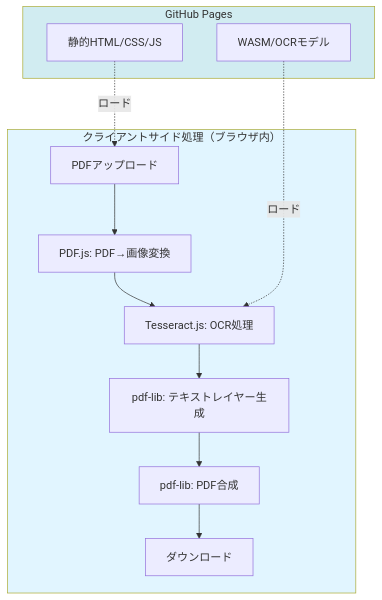
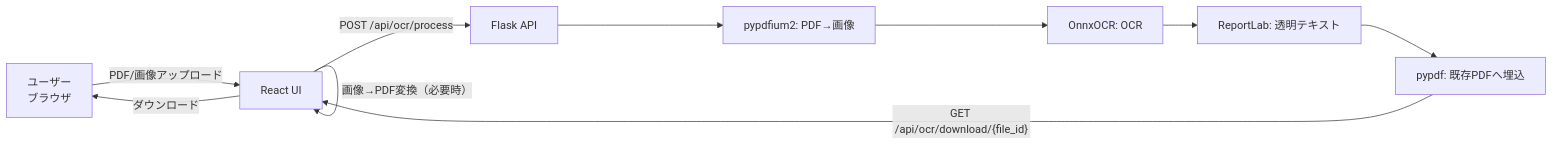
The fifth of 5 diagrams in specs/001-OCR-PDF-Converter/spec.md (J1921604/OCR-PDF-Converter), drawn with Mermaid before and after one commit. The commit also changed other lines of this file and 33 other files, not shown here.

````diff
--- a/specs/001-OCR-PDF-Converter/spec.md
+++ b/specs/001-OCR-PDF-Converter/spec.md
@@ -241,21 +237,12 @@
 ```mermaid
-flowchart TD
-    subgraph client["クライアントサイド処理（ブラウザ内）"]
-        A[PDFアップロード] --> B[PDF.js: PDF→画像変換]
-        B --> C[Tesseract.js: OCR処理]
-        C --> D[pdf-lib: テキストレイヤー生成]
-        D --> E[pdf-lib: PDF合成]
-        E --> F[ダウンロード]
-    end
-    
-    subgraph hosting["GitHub Pages"]
-        G[静的HTML/CSS/JS]
-        H[WASM/OCRモデル]
-    end
-    
-    G -.ロード.-> A
-    H -.ロード.-> C
-    
-    style client fill:#e1f5ff
-    style hosting fill:#d1ecf1
+flowchart LR
+    A[ユーザー<br/>ブラウザ] -->|"PDF/画像アップロード"| B[React UI]
+    B -->|"画像→PDF変換（必要時）"| B
+    B -->|"POST /api/ocr/process"| C[Flask API]
+    C --> D[pypdfium2: PDF→画像]
+    D --> E[OnnxOCR: OCR]
+    E --> F[ReportLab: 透明テキスト]
+    F --> G[pypdf: 既存PDFへ埋込]
+    G -->|"GET /api/ocr/download/{file_id}"| B
+    B -->|"ダウンロード"| A
 ```
````
